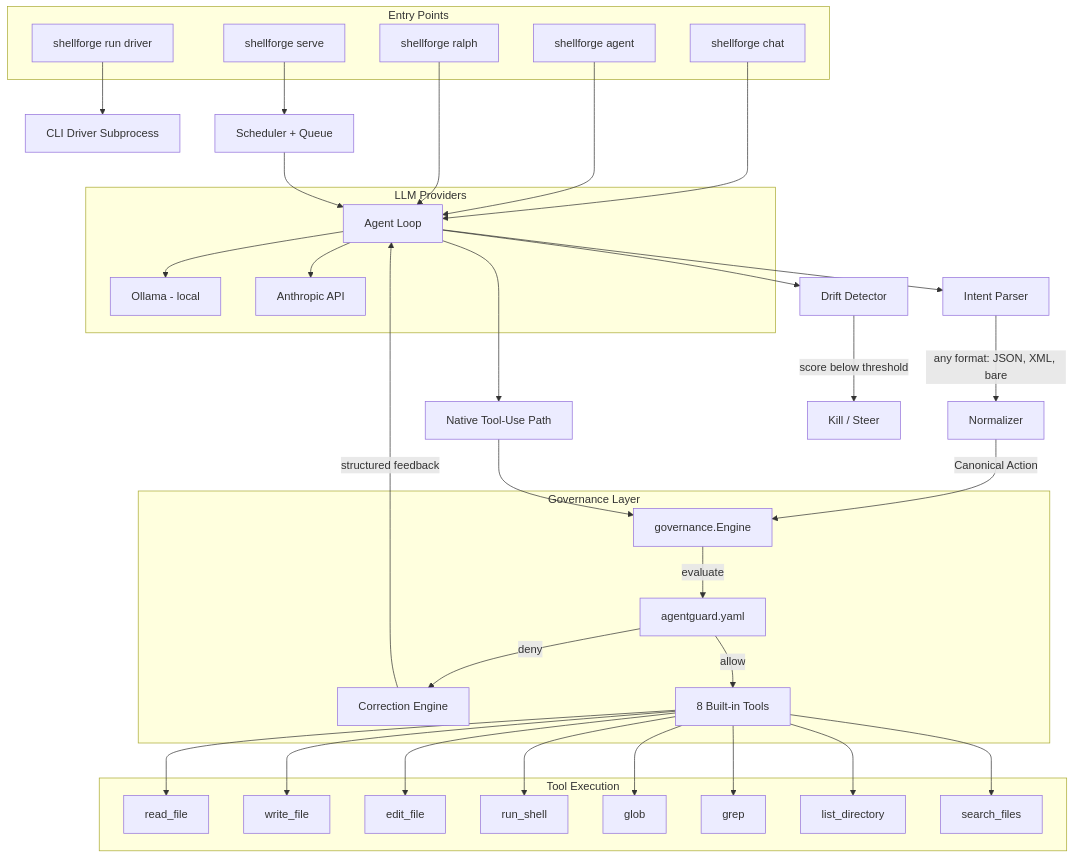
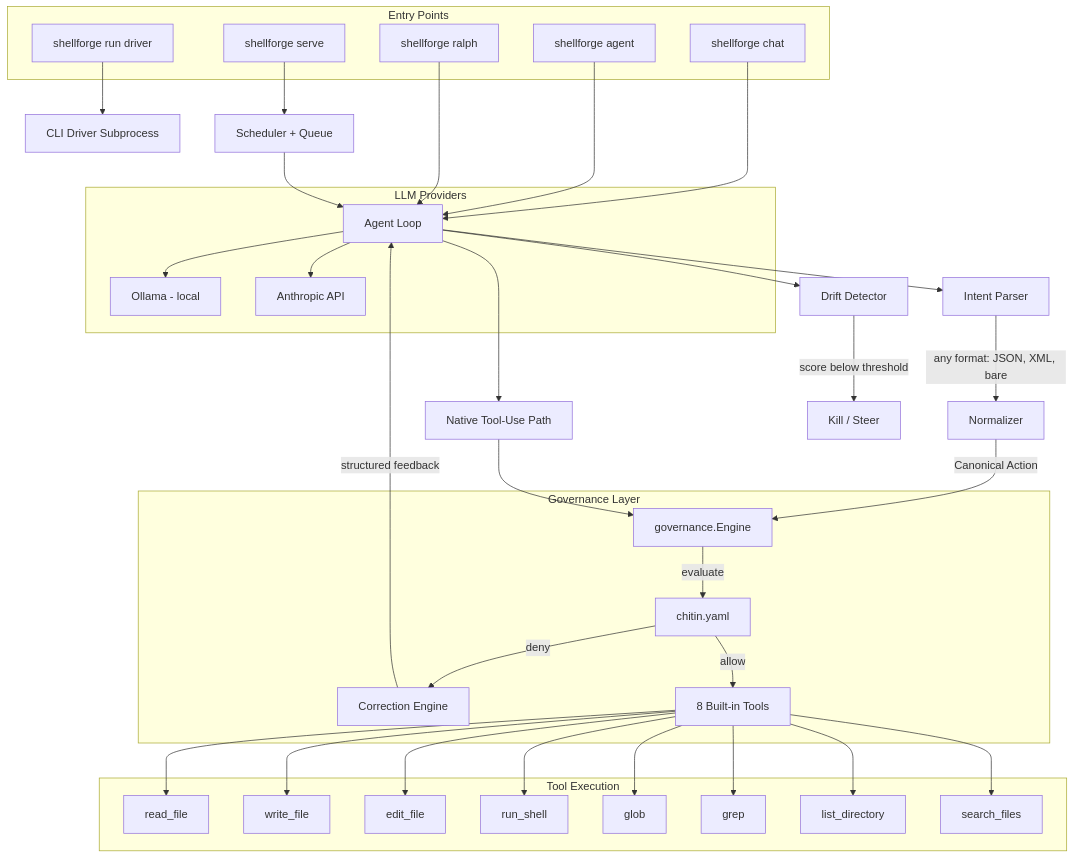
Before and after one commit to chitinhq/shellforge: the diagram in README.md, drawn with Mermaid. The commit also changed other lines of this file and 30 other files, not shown here.

First line of the commit message:
chore: rename agentguard → chitin across codebase

````diff
--- a/README.md
+++ b/README.md
@@ -17,50 +17,50 @@
 ```mermaid
 flowchart TD
     subgraph "Entry Points"
         Chat[shellforge chat]
         Agent[shellforge agent]
         Ralph[shellforge ralph]
         Run[shellforge run driver]
         Serve[shellforge serve]
     end
 
     Chat & Agent & Ralph --> Loop[Agent Loop]
     Run --> Driver[CLI Driver Subprocess]
     Serve --> Scheduler[Scheduler + Queue]
     Scheduler --> Loop
 
     Loop --> Intent[Intent Parser]
     Intent -->|"any format: JSON, XML, bare"| Normalizer[Normalizer]
     Normalizer -->|Canonical Action| Gov
 
     Loop --> ProviderPath[Native Tool-Use Path]
     ProviderPath --> Gov
 
     subgraph "Governance Layer"
-        Gov[governance.Engine] -->|evaluate| Policy[agentguard.yaml]
+        Gov[governance.Engine] -->|evaluate| Policy[chitin.yaml]
         Policy -->|deny| Correction[Correction Engine]
         Policy -->|allow| Tools
     end
 
     Correction -->|structured feedback| Loop
 
     subgraph "Tool Execution"
         Tools[8 Built-in Tools]
         Tools --> RFile[read_file]
         Tools --> WFile[write_file]
         Tools --> Edit[edit_file]
         Tools --> Shell[run_shell]
         Tools --> Glob[glob]
         Tools --> Grep[grep]
         Tools --> LS[list_directory]
         Tools --> Search[search_files]
     end
 
     subgraph "LLM Providers"
         Loop --> Ollama[Ollama - local]
         Loop --> Anthropic[Anthropic API]
     end
 
     Loop --> Drift[Drift Detector]
     Drift -->|score below threshold| Kill[Kill / Steer]
 ```
````
